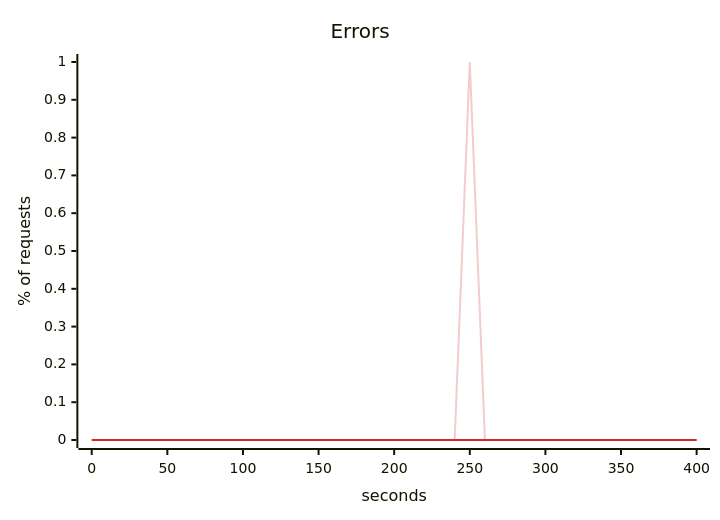
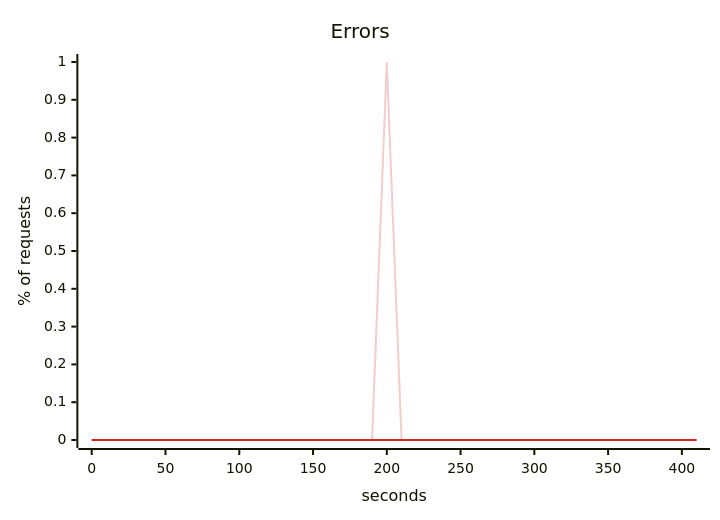
The fourth of 5 diagrams in scenarios/when-to-scale-your-database/solutions/one-query-per-page/report.md (akinfemi/load-lore), drawn with Mermaid before and after one commit. The commit also changed other lines of this file and 4 other files, not shown here.

````diff
--- a/scenarios/when-to-scale-your-database/solutions/one-query-per-page/report.md
+++ b/scenarios/when-to-scale-your-database/solutions/one-query-per-page/report.md
@@ -76,15 +78,15 @@
 ```mermaid
 ---
 config:
   themeVariables:
     xyChart:
       backgroundColor: "transparent"
       plotColorPalette: "#f4cccc, #d62728"
 ---
 xychart-beta
     title "Errors"
-    x-axis "seconds" 0 --> 400
+    x-axis "seconds" 0 --> 410
     y-axis "% of requests" 0 --> 1
-    line [0, 0, 0, 0, 0, 0, 0, 0, 0, 0, 0, 0, 0, 0, 0, 0, 0, 0, 0, 0, 0, 0, 0, 0, 0, 1, 0, 0, 0, 0, 0, 0, 0, 0, 0, 0, 0, 0, 0, 0, 0]
-    line [0, 0, 0, 0, 0, 0, 0, 0, 0, 0, 0, 0, 0, 0, 0, 0, 0, 0, 0, 0, 0, 0, 0, 0, 0, 0, 0, 0, 0, 0, 0, 0, 0, 0, 0, 0, 0, 0, 0, 0, 0]
+    line [0, 0, 0, 0, 0, 0, 0, 0, 0, 0, 0, 0, 0, 0, 0, 0, 0, 0, 0, 0, 1, 0, 0, 0, 0, 0, 0, 0, 0, 0, 0, 0, 0, 0, 0, 0, 0, 0, 0, 0, 0, 0]
+    line [0, 0, 0, 0, 0, 0, 0, 0, 0, 0, 0, 0, 0, 0, 0, 0, 0, 0, 0, 0, 0, 0, 0, 0, 0, 0, 0, 0, 0, 0, 0, 0, 0, 0, 0, 0, 0, 0, 0, 0, 0, 0]
 ```
````
